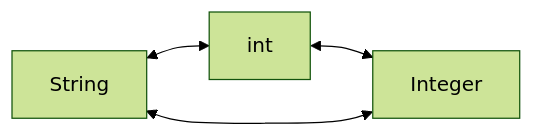
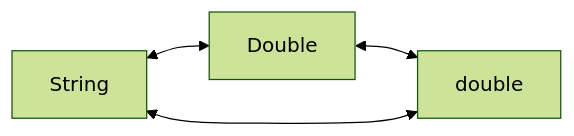
The diagram in pages/26_Assignment1.md (praktikum-tiunpad-2023/materi-pbo-06), drawn with Mermaid (forest theme) before and after one commit. The commit also changed other lines of this file and 2 other files, not shown here.

Commit message:
mengubah assignment

````diff
--- a/pages/26_Assignment1.md
+++ b/pages/26_Assignment1.md
@@ -9,6 +9,6 @@
 ```mermaid {scale: 2.0}
 flowchart LR
-    String <--> int
-    int <--> Integer
-    Integer <--> String
+    String <--> Double
+    Double <--> double
+    double <--> String
 ```
````
